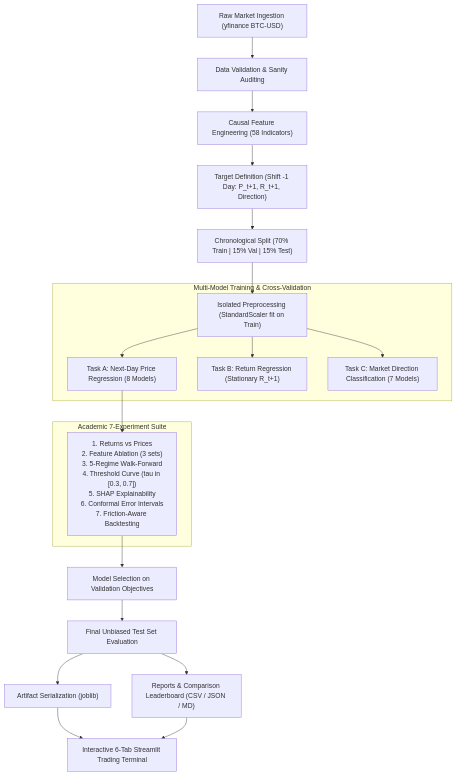
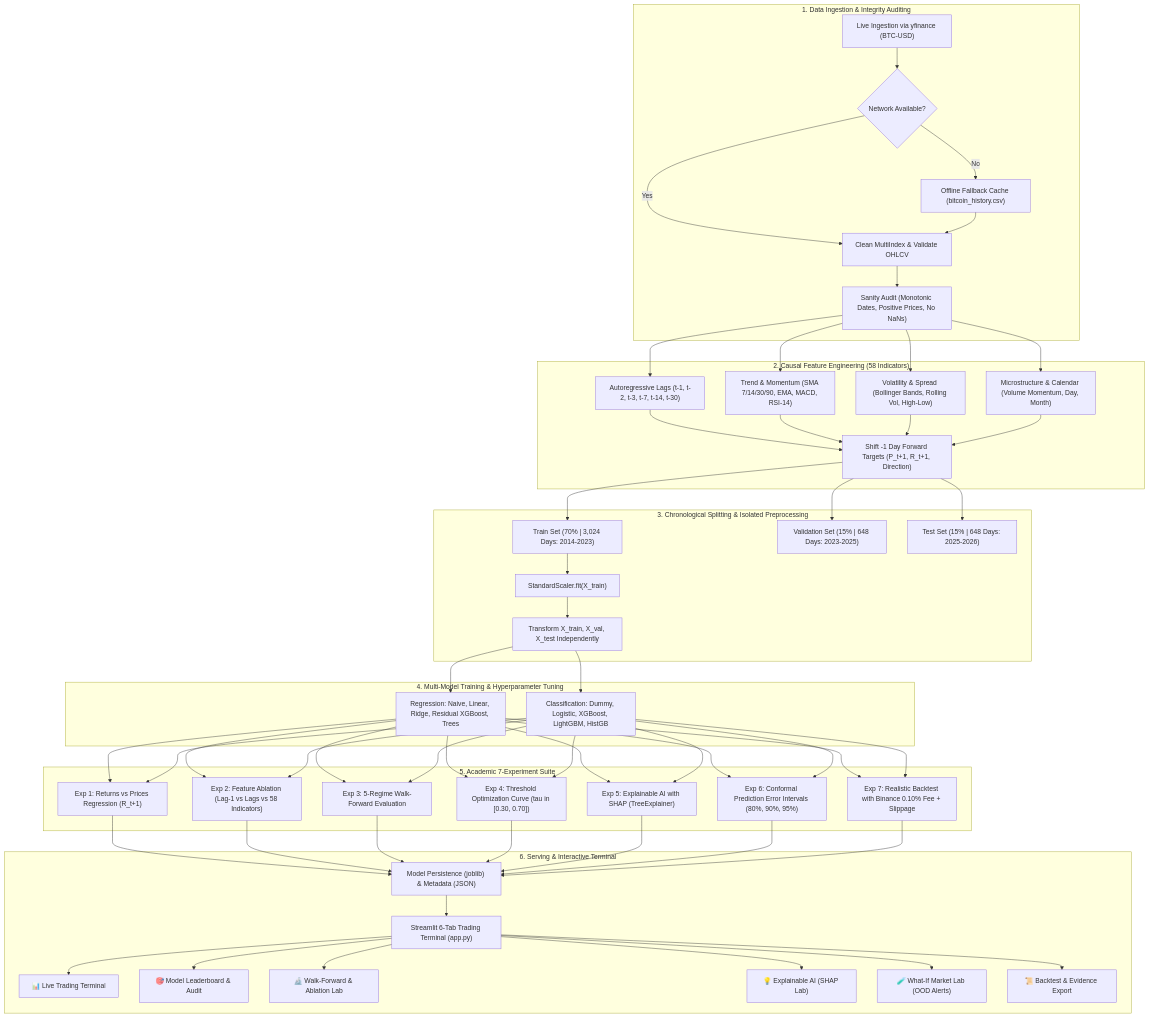
One commit to CodeWidKrish/CryptoPredict-AI changed the diagram in README.md. Above: the diagram before and after it, drawn with Mermaid. The commit also changed other lines of this file and 5 other files, not shown here.

Commit message:
docs(readme): add world-class README with banners, typography, diagrams, zero-API audit, and fix sidebar ligature leak

````diff
--- a/README.md
+++ b/README.md
@@ -71,26 +78,52 @@
 ```mermaid
 flowchart TD
-    A["Raw Market Ingestion (yfinance BTC-USD)"] --> B["Data Validation & Sanity Auditing"]
-    B --> C["Causal Feature Engineering (58 Indicators)"]
-    C --> D["Target Definition (Shift -1 Day: P_t+1, R_t+1, Direction)"]
-    D --> E["Chronological Split (70% Train | 15% Val | 15% Test)"]
-    E --> F["Isolated Preprocessing (StandardScaler fit on Train)"]
-    
-    subgraph Model_Benchmarking ["Multi-Model Training & Cross-Validation"]
-        F --> G1["Task A: Next-Day Price Regression (8 Models)"]
-        F --> G2["Task B: Return Regression (Stationary R_t+1)"]
-        F --> G3["Task C: Market Direction Classification (7 Models)"]
+    subgraph INGESTION ["1. Data Ingestion & Integrity Auditing"]
+        A["Live Ingestion via yfinance (BTC-USD)"] --> B{"Network Available?"}
+        B -- Yes --> C["Clean MultiIndex & Validate OHLCV"]
+        B -- No --> D["Offline Fallback Cache (bitcoin_history.csv)"]
+        D --> C
+        C --> E["Sanity Audit (Monotonic Dates, Positive Prices, No NaNs)"]
     end
-    
-    subgraph Research_Experiments ["Academic 7-Experiment Suite"]
-        G1 --> EXP["1. Returns vs Prices<br>2. Feature Ablation (3 sets)<br>3. 5-Regime Walk-Forward<br>4. Threshold Curve (tau in [0.3, 0.7])<br>5. SHAP Explainability<br>6. Conformal Error Intervals<br>7. Friction-Aware Backtesting"]
+
+    subgraph FEATURES ["2. Causal Feature Engineering (58 Indicators)"]
+        E --> F1["Autoregressive Lags (t-1, t-2, t-3, t-7, t-14, t-30)"]
+        E --> F2["Trend & Momentum (SMA 7/14/30/90, EMA, MACD, RSI-14)"]
+        E --> F3["Volatility & Spread (Bollinger Bands, Rolling Vol, High-Low)"]
+        E --> F4["Microstructure & Calendar (Volume Momentum, Day, Month)"]
+        F1 & F2 & F3 & F4 --> G["Shift -1 Day Forward Targets (P_t+1, R_t+1, Direction)"]
     end
-    
-    EXP --> H["Model Selection on Validation Objectives"]
-    H --> I["Final Unbiased Test Set Evaluation"]
-    I --> J["Artifact Serialization (joblib)"]
-    I --> K["Reports & Comparison Leaderboard (CSV / JSON / MD)"]
-    
-    J --> L["Interactive 6-Tab Streamlit Trading Terminal"]
-    K --> L
+
+    subgraph PARTITION ["3. Chronological Splitting & Isolated Preprocessing"]
+        G --> H1["Train Set (70% | 3,024 Days: 2014-2023)"]
+        G --> H2["Validation Set (15% | 648 Days: 2023-2025)"]
+        G --> H3["Test Set (15% | 648 Days: 2025-2026)"]
+        H1 --> I["StandardScaler.fit(X_train)"]
+        I --> J["Transform X_train, X_val, X_test Independently"]
+    end
+
+    subgraph BENCHMARK ["4. Multi-Model Training & Hyperparameter Tuning"]
+        J --> K1["Regression: Naive, Linear, Ridge, Residual XGBoost, Trees"]
+        J --> K2["Classification: Dummy, Logistic, XGBoost, LightGBM, HistGB"]
+    end
+
+    subgraph RESEARCH ["5. Academic 7-Experiment Suite"]
+        K1 & K2 --> L1["Exp 1: Returns vs Prices Regression (R_t+1)"]
+        K1 & K2 --> L2["Exp 2: Feature Ablation (Lag-1 vs Lags vs 58 Indicators)"]
+        K1 & K2 --> L3["Exp 3: 5-Regime Walk-Forward Evaluation"]
+        K1 & K2 --> L4["Exp 4: Threshold Optimization Curve (tau in [0.30, 0.70])"]
+        K1 & K2 --> L5["Exp 5: Explainable AI with SHAP (TreeExplainer)"]
+        K1 & K2 --> L6["Exp 6: Conformal Prediction Error Intervals (80%, 90%, 95%)"]
+        K1 & K2 --> L7["Exp 7: Realistic Backtest with Binance 0.10% Fee + Slippage"]
+    end
+
+    subgraph SERVING ["6. Serving & Interactive Terminal"]
+        L1 & L2 & L3 & L4 & L5 & L6 & L7 --> M["Model Persistence (joblib) & Metadata (JSON)"]
+        M --> N["Streamlit 6-Tab Trading Terminal (app.py)"]
+        N --> O1["📊 Live Trading Terminal"]
+        N --> O2["🎯 Model Leaderboard & Audit"]
+        N --> O3["🔬 Walk-Forward & Ablation Lab"]
+        N --> O4["💡 Explainable AI (SHAP Lab)"]
+        N --> O5["🧪 What-If Market Lab (OOD Alerts)"]
+        N --> O6["📜 Backtest & Evidence Export"]
+    end
 ```
````
